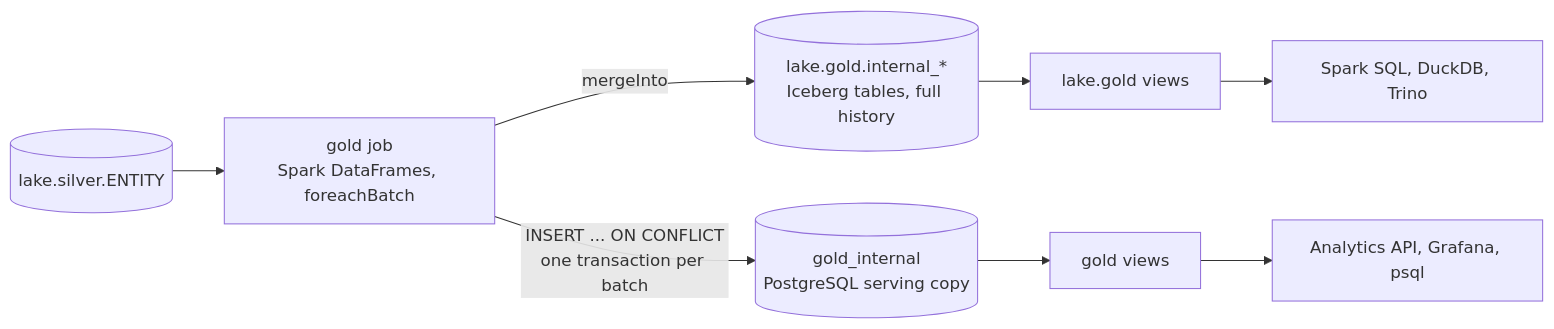
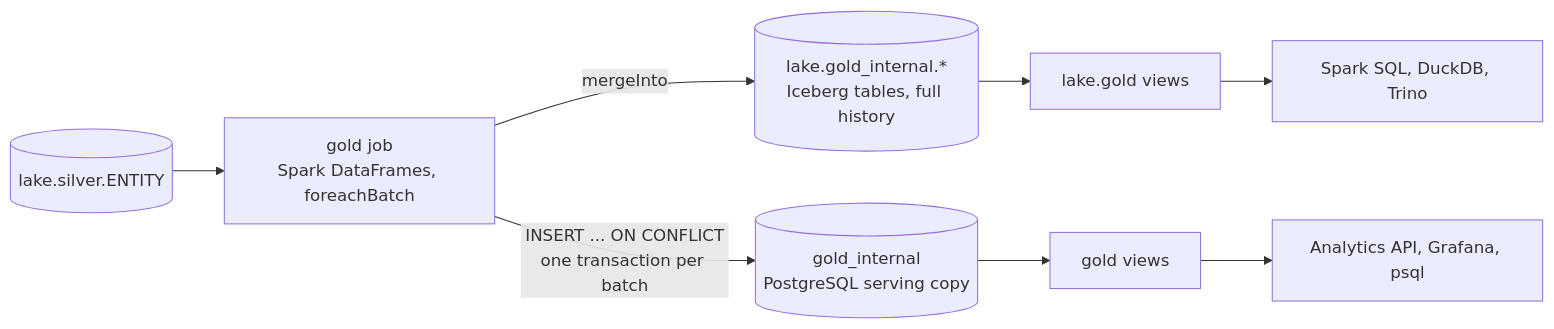
The diagram in docs/lakehouse/gold/index.md (jonathan5p/deel-home-task), drawn with Mermaid before and after one commit. The commit also changed other lines of this file and 6 other files, not shown here.

Commit message:
docs(gold): name the lake gold tables lake.gold_internal, as in PostgreSQL

````diff
--- a/docs/lakehouse/gold/index.md
+++ b/docs/lakehouse/gold/index.md
@@ -7,10 +7,10 @@
 ```mermaid
 flowchart LR
     silver[("lake.silver.ENTITY")] --> job["gold job<br/>Spark DataFrames, foreachBatch"]
-    job -- "mergeInto" --> iceberg[("lake.gold.internal_*<br/>Iceberg tables, full history")]
+    job -- "mergeInto" --> iceberg[("lake.gold_internal.*<br/>Iceberg tables, full history")]
     job -- "INSERT ... ON CONFLICT<br/>one transaction per batch" --> pg[("gold_internal<br/>PostgreSQL serving copy")]
     iceberg --> lviews["lake.gold views"]
     pg --> gviews["gold views"]
     lviews --> lake["Spark SQL, DuckDB, Trino"]
     gviews --> serve["Analytics API, Grafana, psql"]
 ```
````
